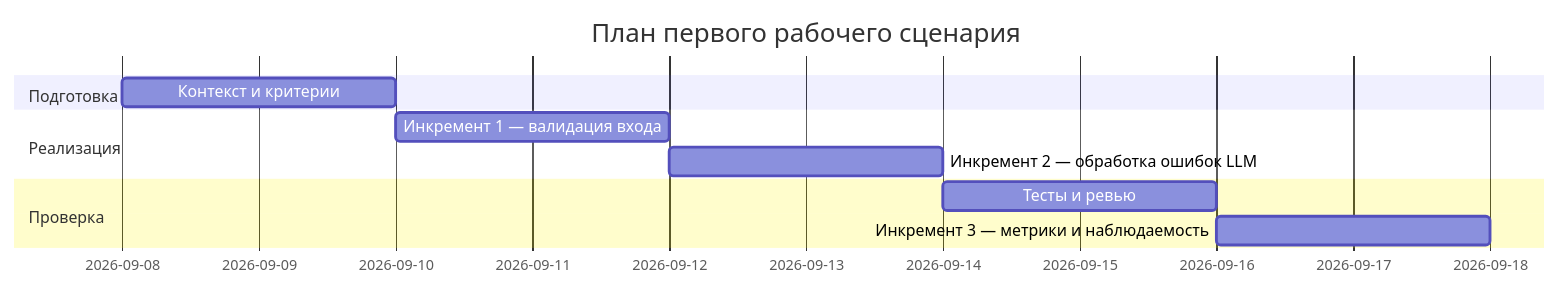
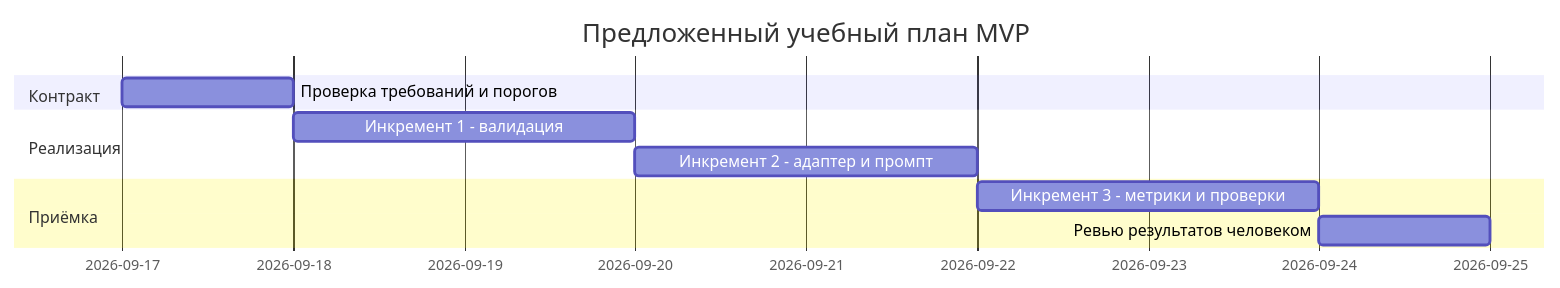
Before and after one commit to ai-course-avito/ITMOv2: the diagram in practices/practice_01/project_management.md, drawn with Mermaid. The commit also changed other lines of this file and 11 other files, not shown here.

````diff
--- a/practices/practice_01/project_management.md
+++ b/practices/practice_01/project_management.md
@@ -15,13 +15,13 @@
 ```mermaid
 gantt
-    title План первого рабочего сценария
-    dateFormat  YYYY-MM-DD
-    section Подготовка
-    Контекст и критерии :a1, 2026-09-08, 2d
+    title Предложенный учебный план MVP
+    dateFormat YYYY-MM-DD
+    section Контракт
+    Проверка требований и порогов :a1, 2026-09-17, 1d
     section Реализация
-    Инкремент 1 — валидация входа :a2, after a1, 2d
-    Инкремент 2 — обработка ошибок LLM :a3, after a2, 2d
-    section Проверка
-    Тесты и ревью :a4, after a3, 2d
-    Инкремент 3 — метрики и наблюдаемость :after a4, 2d
+    Инкремент 1 - валидация :a2, after a1, 2d
+    Инкремент 2 - адаптер и промпт :a3, after a2, 2d
+    section Приёмка
+    Инкремент 3 - метрики и проверки :a4, after a3, 2d
+    Ревью результатов человеком :a5, after a4, 1d
 ```
````
